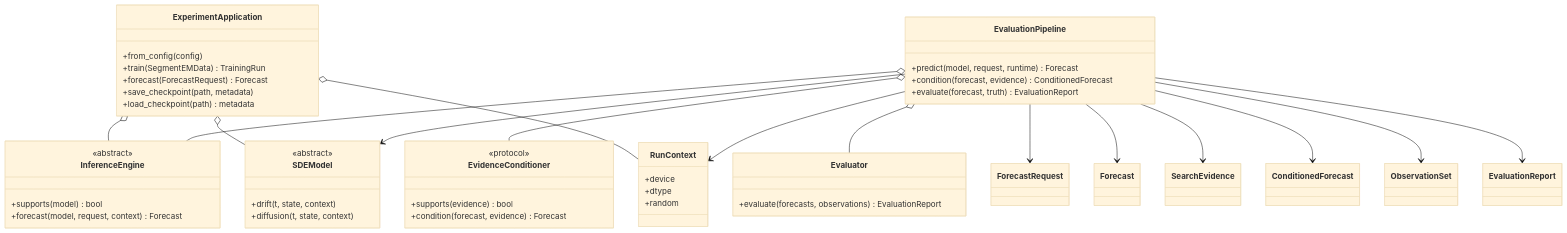
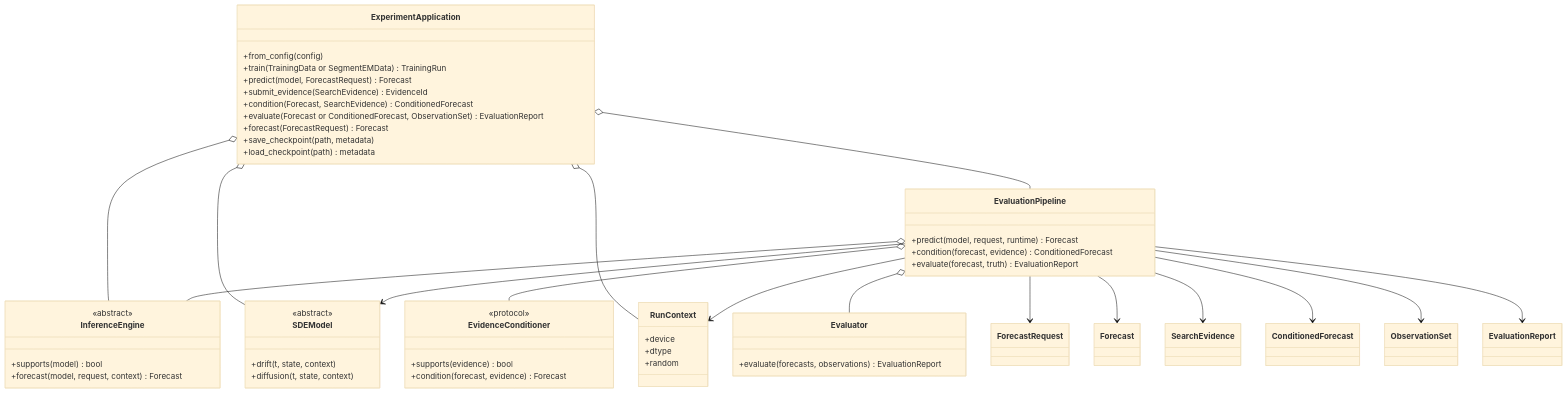
Before and after one commit to HuAzurestar/learnable-sde-for-movement-prediction: the second of 3 diagrams in OOP_ARCHITECTURE.md, drawn with Mermaid (base theme). The commit also changed other lines of this file and 4 other files, not shown here.

````diff
--- a/OOP_ARCHITECTURE.md
+++ b/OOP_ARCHITECTURE.md
@@ -88,67 +91,72 @@
 ```mermaid
 classDiagram
     class ExperimentApplication {
       +from_config(config)
-      +train(SegmentEMData) TrainingRun
+      +train(TrainingData or SegmentEMData) TrainingRun
+      +predict(model, ForecastRequest) Forecast
+      +submit_evidence(SearchEvidence) EvidenceId
+      +condition(Forecast, SearchEvidence) ConditionedForecast
+      +evaluate(Forecast or ConditionedForecast, ObservationSet) EvaluationReport
       +forecast(ForecastRequest) Forecast
       +save_checkpoint(path, metadata)
       +load_checkpoint(path) metadata
     }
 
     class EvaluationPipeline {
       +predict(model, request, runtime) Forecast
       +condition(forecast, evidence) ConditionedForecast
       +evaluate(forecast, truth) EvaluationReport
     }
 
     class InferenceEngine {
       <<abstract>>
       +supports(model) bool
       +forecast(model, request, context) Forecast
     }
 
     class EvidenceConditioner {
       <<protocol>>
       +supports(evidence) bool
       +condition(forecast, evidence) Forecast
     }
 
     class Evaluator {
       +evaluate(forecasts, observations) EvaluationReport
     }
 
     class SDEModel {
       <<abstract>>
       +drift(t, state, context)
       +diffusion(t, state, context)
     }
 
     class RunContext {
       +device
       +dtype
       +random
     }
 
     class ForecastRequest
     class Forecast
     class SearchEvidence
     class ConditionedForecast
     class ObservationSet
     class EvaluationReport
 
     EvaluationPipeline o-- InferenceEngine
     EvaluationPipeline o-- EvidenceConditioner
     EvaluationPipeline o-- Evaluator
     EvaluationPipeline --> SDEModel
     EvaluationPipeline --> RunContext
     EvaluationPipeline --> ForecastRequest
     EvaluationPipeline --> Forecast
     EvaluationPipeline --> SearchEvidence
     EvaluationPipeline --> ConditionedForecast
     EvaluationPipeline --> ObservationSet
     EvaluationPipeline --> EvaluationReport
 
     ExperimentApplication o-- SDEModel
     ExperimentApplication o-- InferenceEngine
     ExperimentApplication o-- RunContext
+    ExperimentApplication o-- EvaluationPipeline
 ```
````
